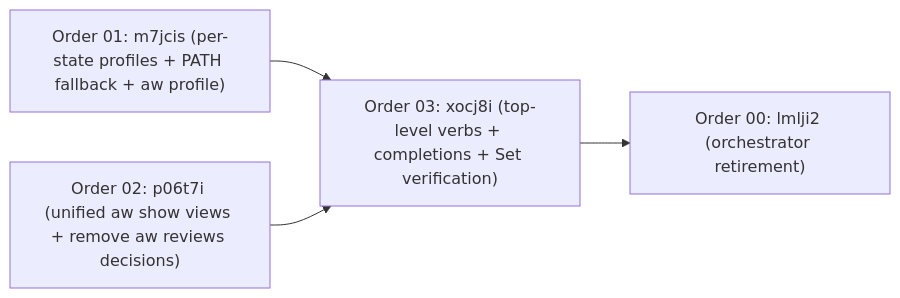
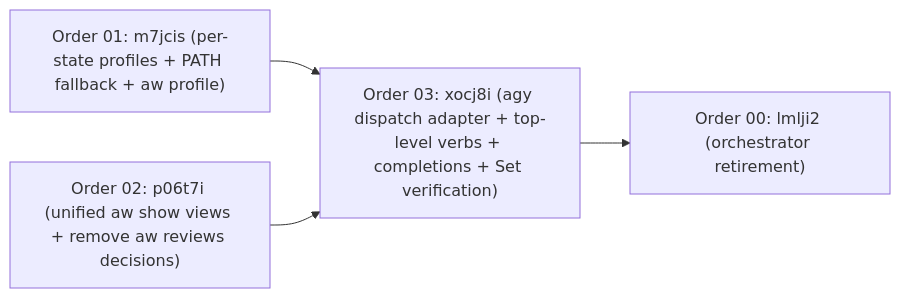
Before and after one commit to fariello/agent-workflows: the diagram in .aw/records/plans/pending/20261122-cliverbs-00-lmlji2-orchestrate-verb-first-top-level-cli-commands-and-unified-aw.ipd.md, drawn with Mermaid. The commit also changed other lines of this file and 1 other file, not shown here.

````diff
--- a/.aw/records/plans/pending/20261122-cliverbs-00-lmlji2-orchestrate-verb-first-top-level-cli-commands-and-unified-aw.ipd.md
+++ b/.aw/records/plans/pending/20261122-cliverbs-00-lmlji2-orchestrate-verb-first-top-level-cli-commands-and-unified-aw.ipd.md
@@ -38,6 +43,6 @@
 ```mermaid
 flowchart LR
-    C01["Order 01: m7jcis (per-state profiles + PATH fallback + aw profile)"] --> C03["Order 03: xocj8i (top-level verbs + completions + Set verification)"]
+    C01["Order 01: m7jcis (per-state profiles + PATH fallback + aw profile)"] --> C03["Order 03: xocj8i (agy dispatch adapter + top-level verbs + completions + Set verification)"]
     C02["Order 02: p06t7i (unified aw show views + remove aw reviews decisions)"] --> C03
     C03 --> O00["Order 00: lmlji2 (orchestrator retirement)"]
 ```
````
